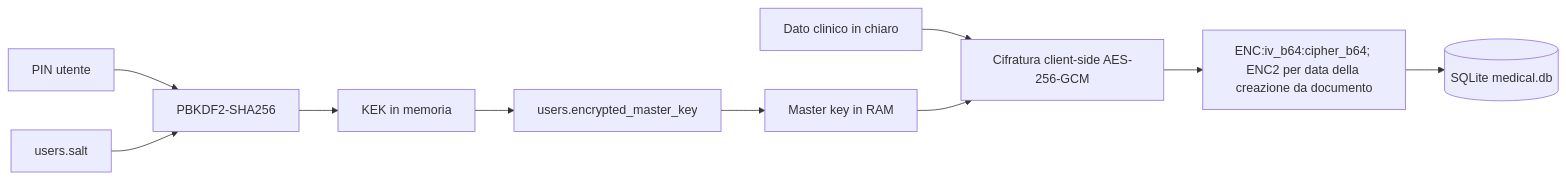
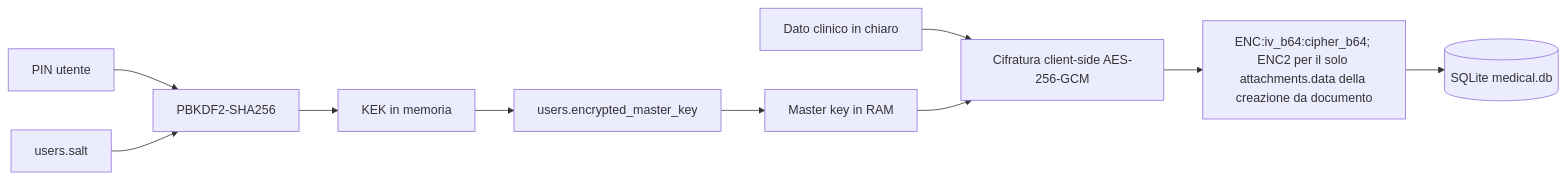
One commit to Wulfgardr/mediflow changed the second of 12 diagrams in docs/topologia-dati-flussi.md. Above: the diagram before and after it, drawn with Mermaid. The commit also changed 8 other files, not shown here.

Commit message:
Precisa il formato ENC2 per il contenuto degli allegati

````diff
--- a/docs/topologia-dati-flussi.md
+++ b/docs/topologia-dati-flussi.md
@@ -127,12 +127,12 @@
 ```mermaid
 flowchart LR
   Plain["Dato clinico in chiaro"] --> Encrypt["Cifratura client-side AES-256-GCM"]
-  Encrypt --> EncFmt["ENC:iv_b64:cipher_b64; ENC2 per data della creazione da documento"]
+  Encrypt --> EncFmt["ENC:iv_b64:cipher_b64; ENC2 per il solo attachments.data della creazione da documento"]
   EncFmt --> DB[("SQLite medical.db")]
   PIN["PIN utente"] --> KDF["PBKDF2-SHA256"]
   Salt["users.salt"] --> KDF
   KDF --> KEK["KEK in memoria"]
   KEK --> EMK["users.encrypted_master_key"]
   EMK --> MK["Master key in RAM"]
   MK --> Encrypt
 ```
````
